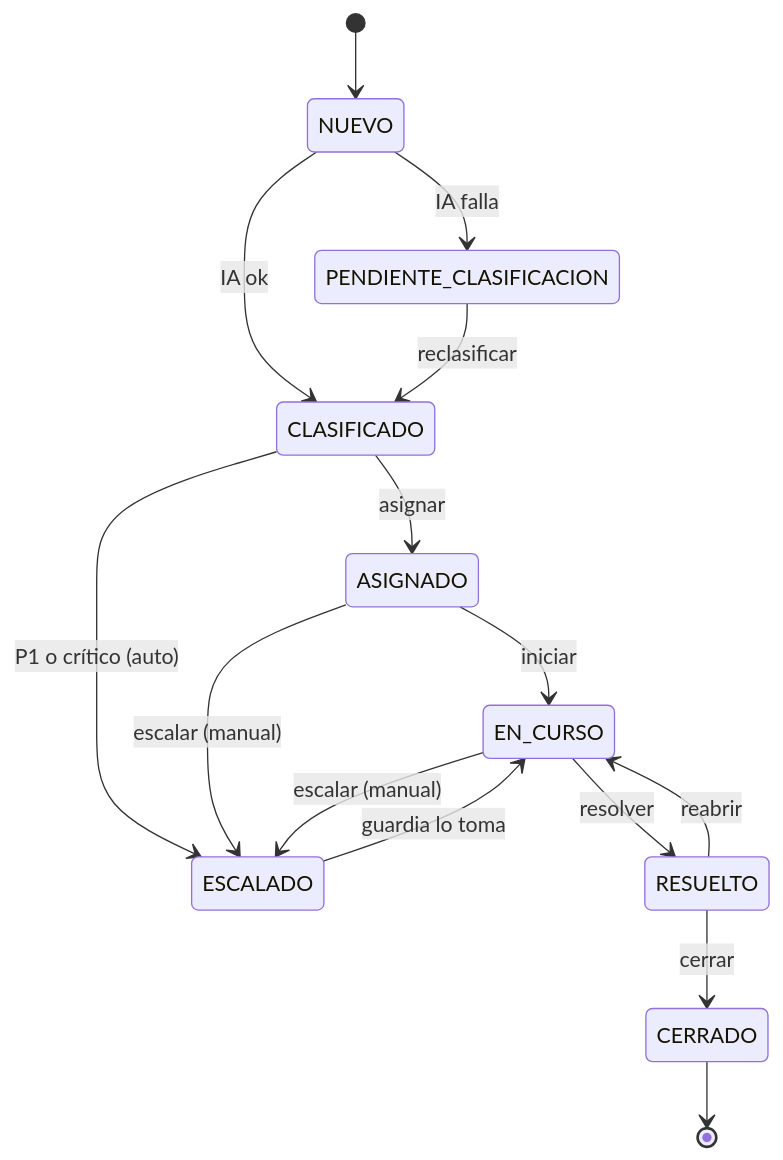
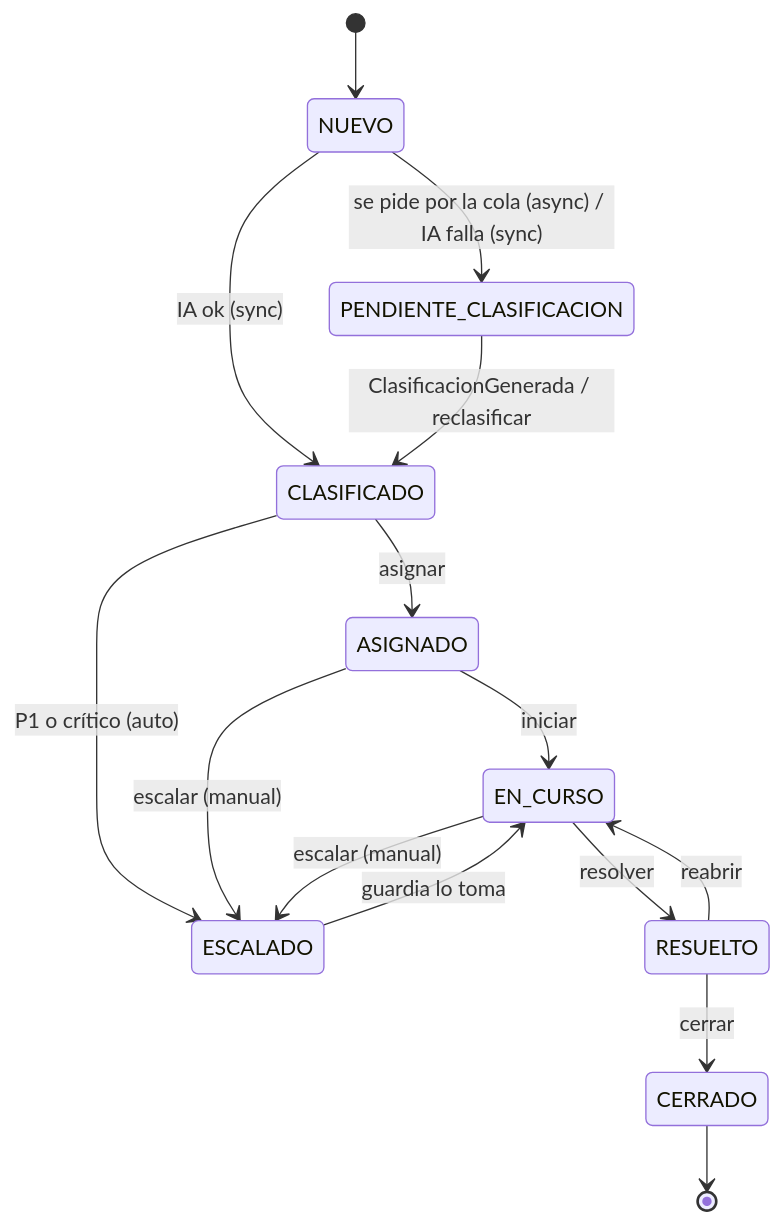
One commit to AVFare/DA2UrgentIABackend changed the second of 3 diagrams in CONTEXTO_PROYECTO.md. Above: the diagram before and after it, drawn with Mermaid. The commit also changed other lines of this file, not shown here.

Commit message:
docs(contexto): actualiza el contexto a la v1.6 con el Outbox y la clasificacion por cola

````diff
--- a/CONTEXTO_PROYECTO.md
+++ b/CONTEXTO_PROYECTO.md
@@ -797,17 +809,17 @@
 ```mermaid
 stateDiagram-v2
   [*] --> NUEVO
-  NUEVO --> CLASIFICADO: IA ok
-  NUEVO --> PENDIENTE_CLASIFICACION: IA falla
-  PENDIENTE_CLASIFICACION --> CLASIFICADO: reclasificar
+  NUEVO --> CLASIFICADO: IA ok (sync)
+  NUEVO --> PENDIENTE_CLASIFICACION: se pide por la cola (async) / IA falla (sync)
+  PENDIENTE_CLASIFICACION --> CLASIFICADO: ClasificacionGenerada / reclasificar
   CLASIFICADO --> ASIGNADO: asignar
   CLASIFICADO --> ESCALADO: P1 o crítico (auto)
   ASIGNADO --> EN_CURSO: iniciar
   ASIGNADO --> ESCALADO: escalar (manual)
   EN_CURSO --> ESCALADO: escalar (manual)
   ESCALADO --> EN_CURSO: guardia lo toma
   EN_CURSO --> RESUELTO: resolver
   RESUELTO --> EN_CURSO: reabrir
   RESUELTO --> CERRADO: cerrar
   CERRADO --> [*]
 ```
````
